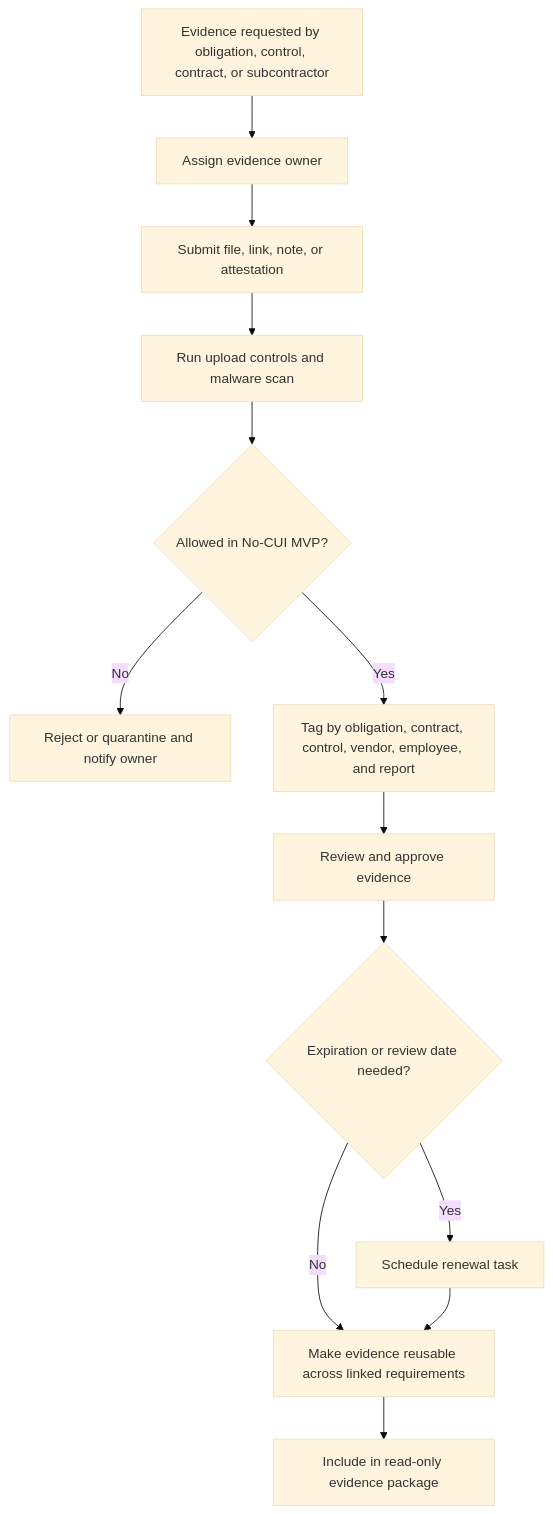
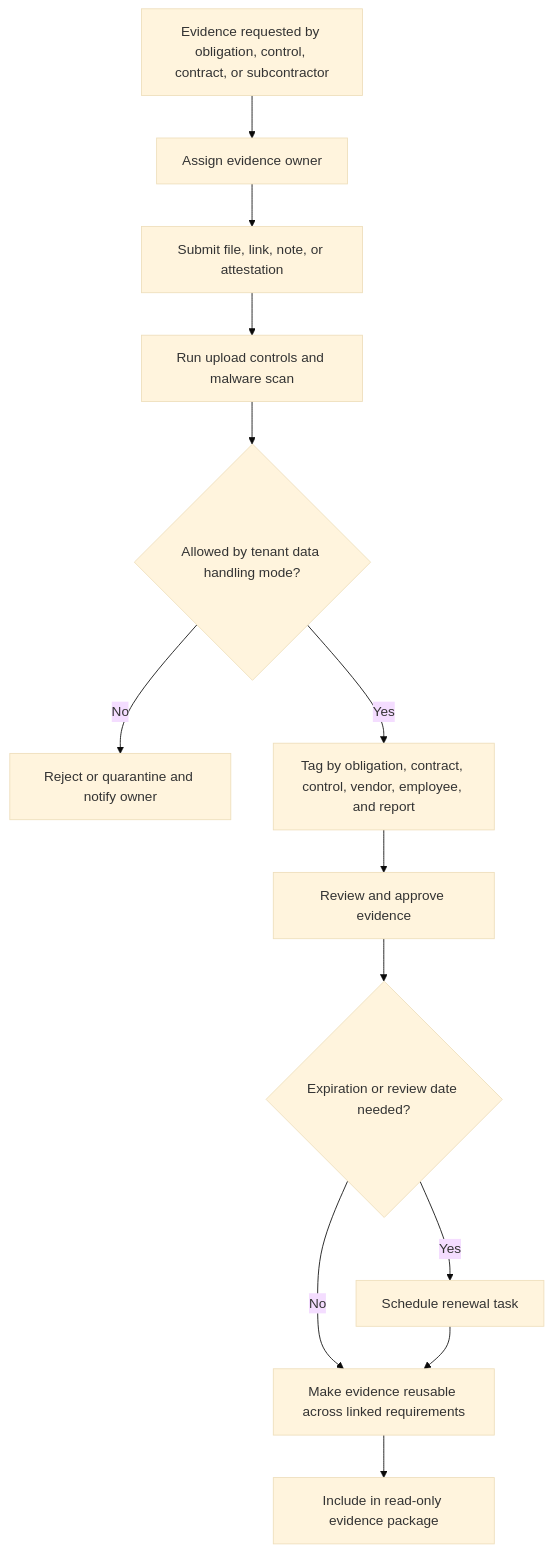
Before and after one commit to samurab/Gccs: the fifth of 8 diagrams in docs/design-flow-diagrams.md, drawn with Mermaid (base theme). The commit also changed other lines of this file and 34 other files, not shown here.

````diff
--- a/docs/design-flow-diagrams.md
+++ b/docs/design-flow-diagrams.md
@@ -137,28 +137,28 @@
 ```mermaid
 flowchart TD
     request["Evidence requested by obligation, control, contract, or subcontractor"]
     owner["Assign evidence owner"]
     submit["Submit file, link, note, or attestation"]
     scan["Run upload controls and malware scan"]
-    classify{"Allowed in No-CUI MVP?"}
+    classify{"Allowed by tenant data handling mode?"}
     reject["Reject or quarantine and notify owner"]
     tag["Tag by obligation, contract, control, vendor, employee, and report"]
     review["Review and approve evidence"]
     expiry{"Expiration or review date needed?"}
     schedule["Schedule renewal task"]
     reusable["Make evidence reusable across linked requirements"]
     package["Include in read-only evidence package"]
 
     request --> owner
     owner --> submit
     submit --> scan
     scan --> classify
     classify -->|"No"| reject
     classify -->|"Yes"| tag
     tag --> review
     review --> expiry
     expiry -->|"Yes"| schedule
     expiry -->|"No"| reusable
     schedule --> reusable
     reusable --> package
 ```
````
